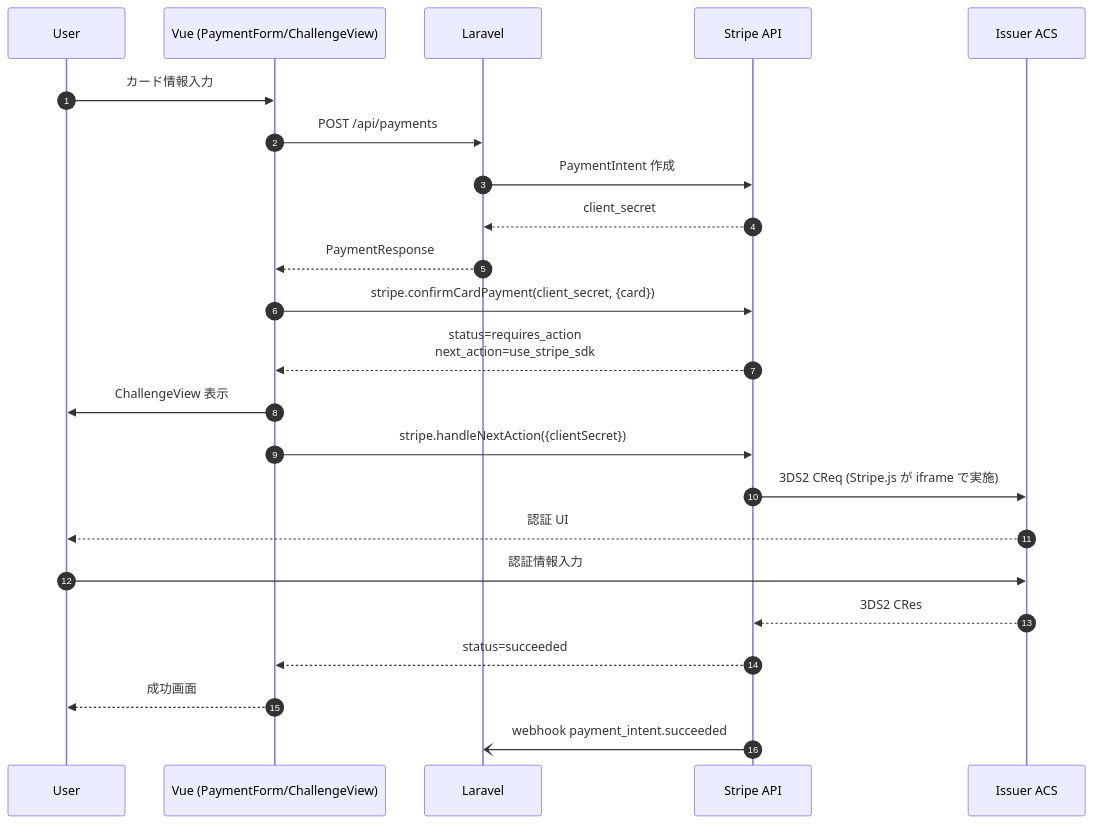
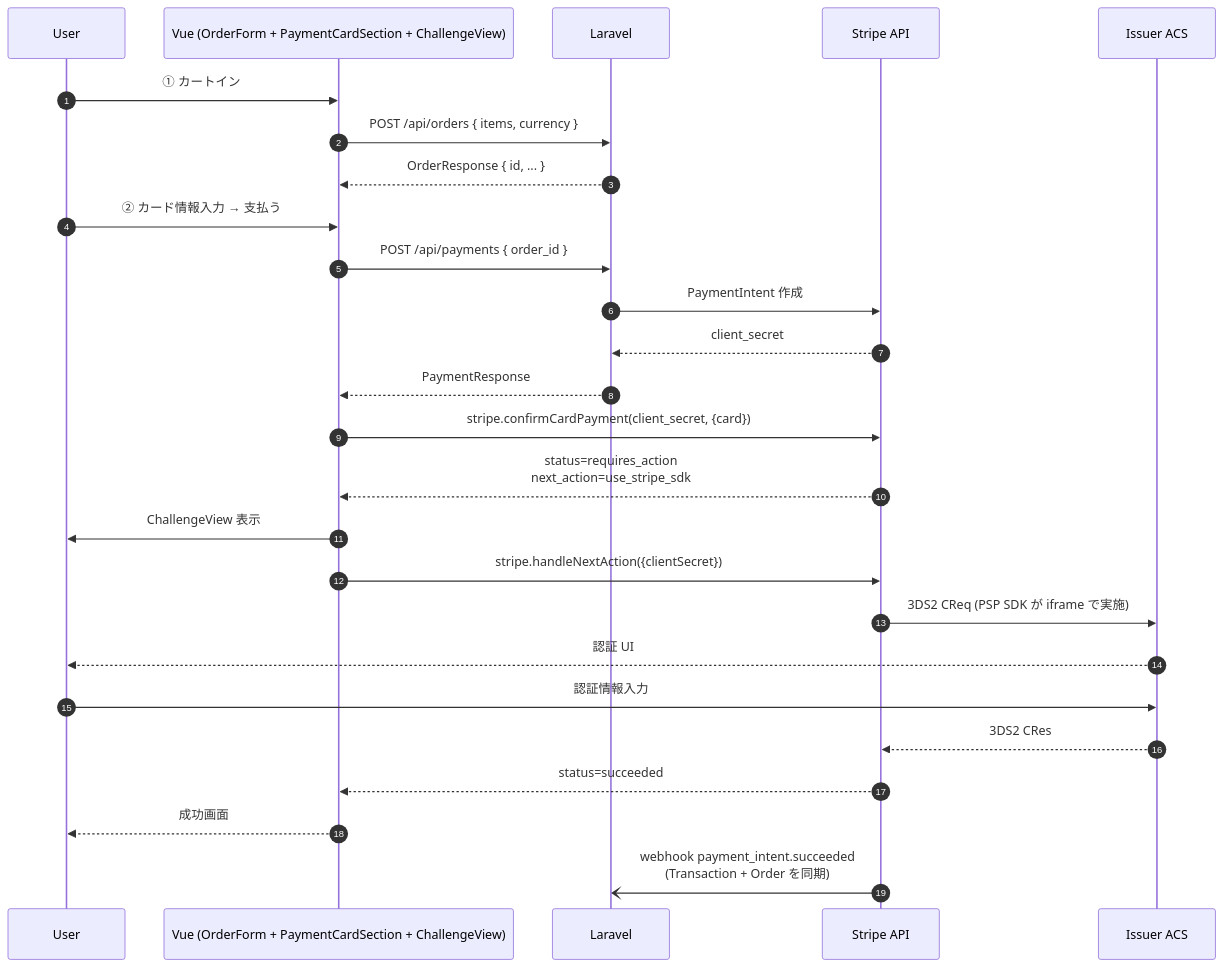
The fourth of 6 diagrams in docs/architecture.md (izdev0000/3ds2-demo), drawn with Mermaid before and after one commit. The commit also changed other lines of this file and 9 other files, not shown here.

````diff
--- a/docs/architecture.md
+++ b/docs/architecture.md
@@ -167,26 +176,30 @@
 ```mermaid
 sequenceDiagram
     autonumber
     participant U as User
-    participant V as Vue (PaymentForm/ChallengeView)
+    participant V as Vue (OrderForm + PaymentCardSection + ChallengeView)
     participant L as Laravel
     participant S as Stripe API
     participant ACS as Issuer ACS
 
-    U->>V: カード情報入力
-    V->>L: POST /api/payments
+    U->>V: ① カートイン
+    V->>L: POST /api/orders { items, currency }
+    L-->>V: OrderResponse { id, ... }
+
+    U->>V: ② カード情報入力 → 支払う
+    V->>L: POST /api/payments { order_id }
     L->>S: PaymentIntent 作成
     S-->>L: client_secret
     L-->>V: PaymentResponse
     V->>S: stripe.confirmCardPayment(client_secret, {card})
     S-->>V: status=requires_action<br/>next_action=use_stripe_sdk
     V->>U: ChallengeView 表示
     V->>S: stripe.handleNextAction({clientSecret})
-    S->>ACS: 3DS2 CReq (Stripe.js が iframe で実施)
+    S->>ACS: 3DS2 CReq (PSP SDK が iframe で実施)
     ACS-->>U: 認証 UI
     U->>ACS: 認証情報入力
     ACS-->>S: 3DS2 CRes
     S-->>V: status=succeeded
     V-->>U: 成功画面
-    S-)L: webhook payment_intent.succeeded
+    S-)L: webhook payment_intent.succeeded<br/>(Transaction + Order を同期)
 ```
````
